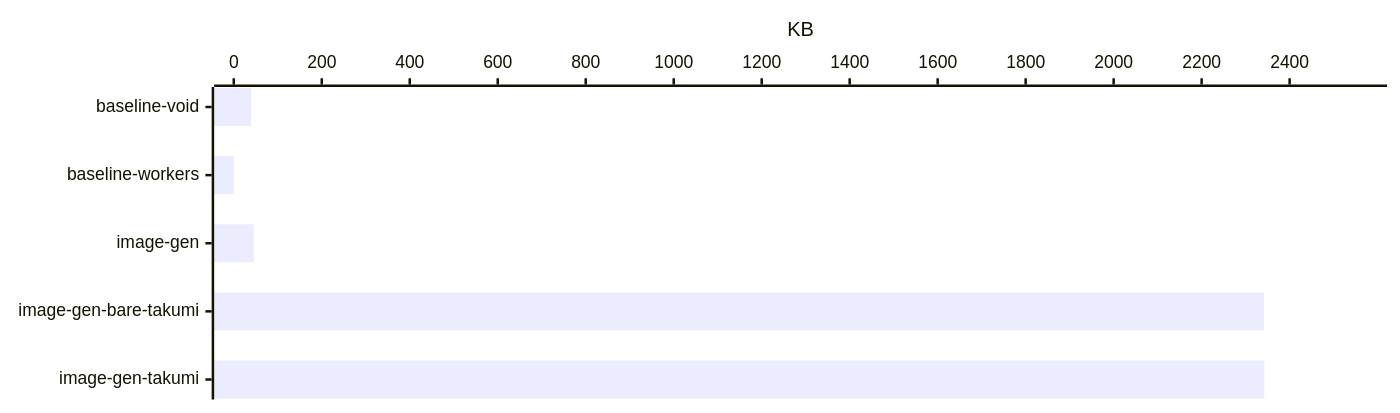
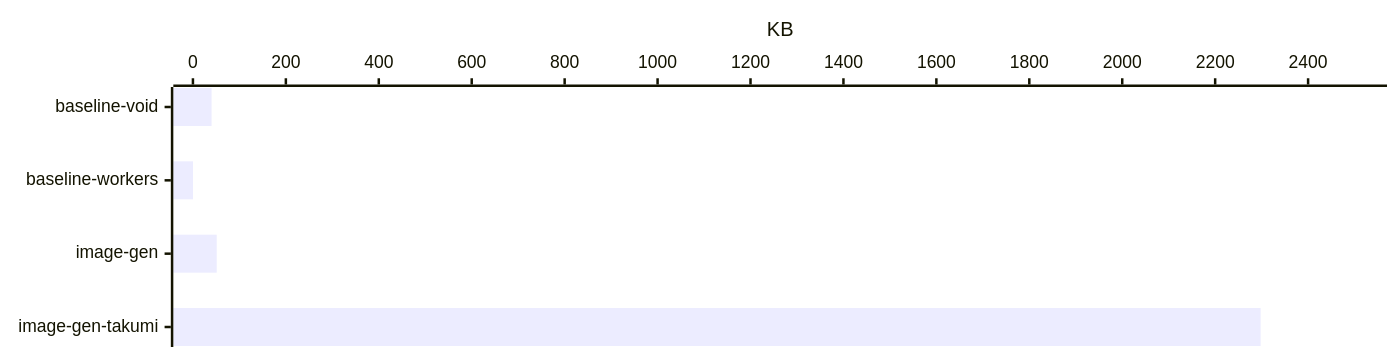
The second of 25 diagrams in benchmark/report.md (voidzero-dev/void), drawn with Mermaid before and after one commit. The commit also changed other lines of this file and 6 other files, not shown here.

````diff
--- a/benchmark/report.md
+++ b/benchmark/report.md
@@ -34,12 +33,12 @@
 ```mermaid
 ---
 config:
   xyChart:
     width: 1100
-    height: 310
+    height: 268
 ---
 xychart-beta horizontal
-    x-axis ["baseline-void", "baseline-workers", "image-gen", "image-gen-bare-takumi", "image-gen-takumi"]
-    y-axis "KB" 0 --> 2576.7852
-    bar [39.872, 0.161, 45.464, 2341.931, 2342.532]
+    x-axis ["baseline-void", "baseline-workers", "image-gen", "image-gen-takumi"]
+    y-axis "KB" 0 --> 2527.646
+    bar [40.15, 0.161, 51.209, 2297.86]
 ```
````
